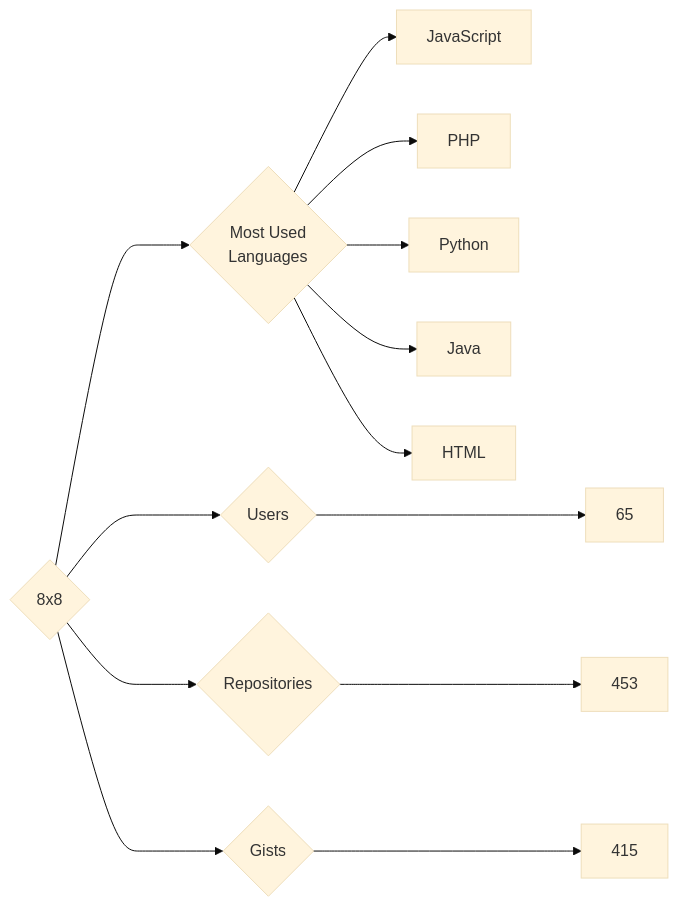
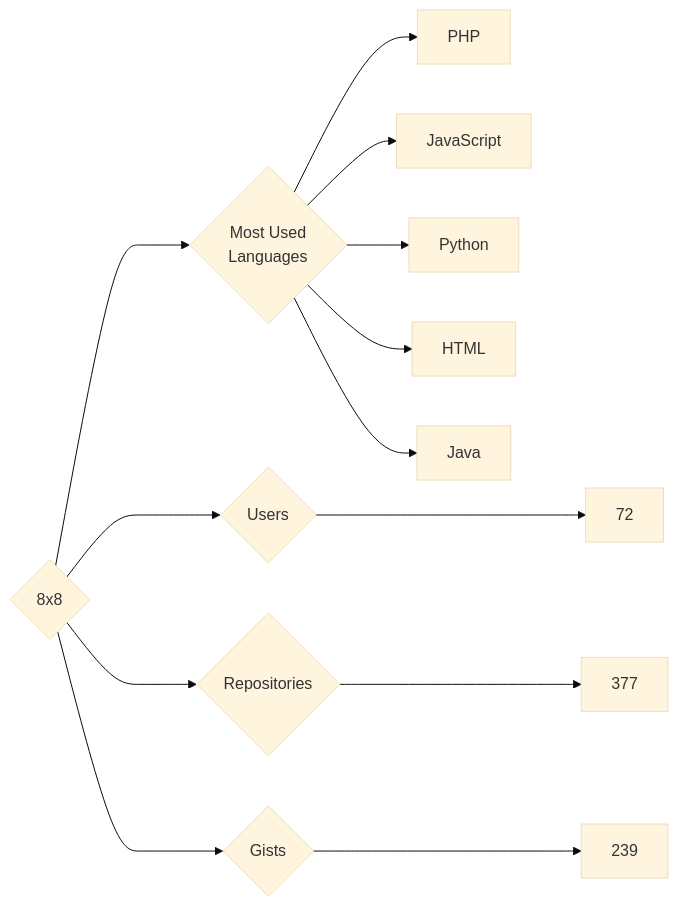
One commit to trickest/insiders changed the diagram in targets/8x8/README.md. Above: the diagram before and after it, drawn with Mermaid (base theme). The commit also changed 874 other files, not shown here.

````diff
--- a/targets/8x8/README.md
+++ b/targets/8x8/README.md
@@ -3,13 +3,13 @@
 ```mermaid
 graph LR
 COMPANY_NAME{8x8}
-COMPANY_NAME ---> U{Users} ---> UN[65]
-COMPANY_NAME ---> R{Repositories} ---> RN[453]
-COMPANY_NAME ---> G{Gists} ---> GN[415]
+COMPANY_NAME ---> U{Users} ---> UN[72]
+COMPANY_NAME ---> R{Repositories} ---> RN[377]
+COMPANY_NAME ---> G{Gists} ---> GN[239]
 COMPANY_NAME ---> ML{Most Used<br>Languages}
+ML --> PHP[PHP]
 ML --> JavaScript[JavaScript]
-ML --> PHP[PHP]
 ML --> Python[Python]
+ML --> HTML[HTML]
 ML --> Java[Java]
-ML --> HTML[HTML]
 ```
````
